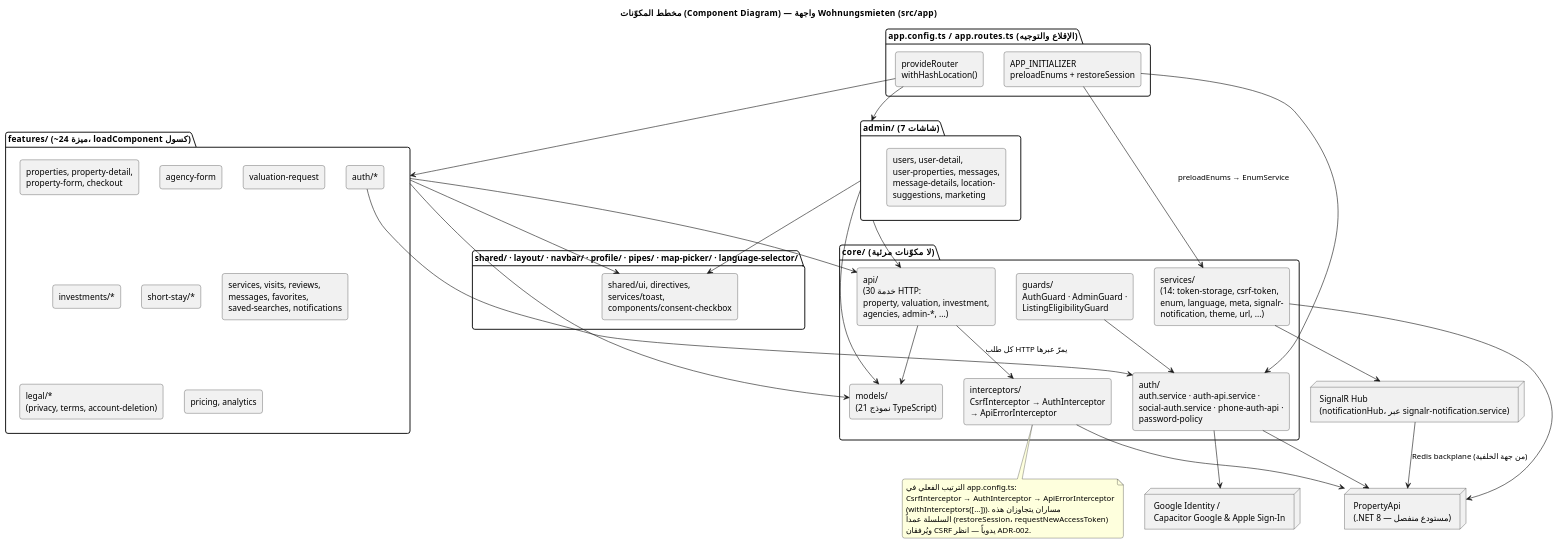
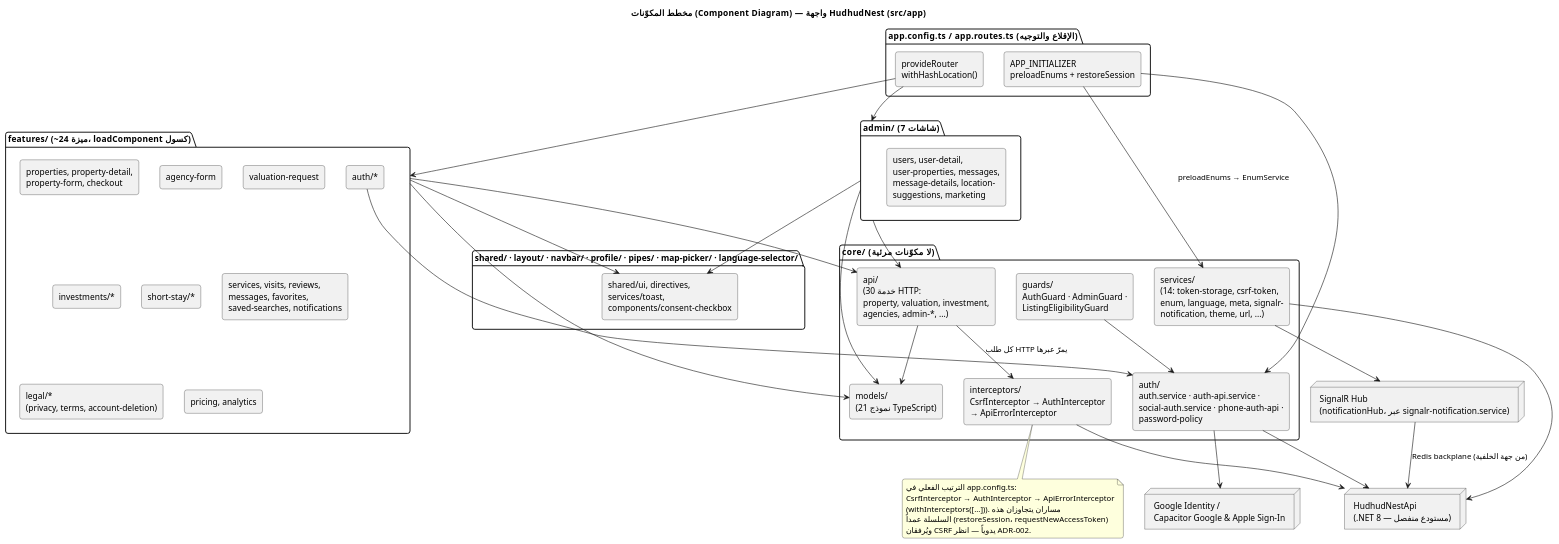
One commit to Naeem-Ba/HudhudNest changed the diagram in docs/architecture/ARD/diagrams/03-component.puml. Above: the diagram before and after it, drawn with PlantUML. The commit also changed 155 other files, not shown here.

First line of the commit message:
feat(brand): HudhudNest logo, app icons, splash screens and full rename

```diff
--- a/docs/architecture/ARD/diagrams/03-component.puml
+++ b/docs/architecture/ARD/diagrams/03-component.puml
@@ -1,81 +1,81 @@
 @startuml Components
 skinparam backgroundColor #FFFFFF
 skinparam shadowing false
 skinparam roundcorner 8
 skinparam defaultFontName "Segoe UI"
 skinparam componentStyle rectangle
-title مخطط المكوّنات (Component Diagram) — واجهة Wohnungsmieten (src/app)
+title مخطط المكوّنات (Component Diagram) — واجهة HudhudNest (src/app)
 
 package "app.config.ts / app.routes.ts (الإقلاع والتوجيه)" as Bootstrap {
   [APP_INITIALIZER\npreloadEnums + restoreSession] as Init
   [provideRouter\nwithHashLocation()] as Router
 }
 
 package "core/ (لا مكوّنات مرئية)" as Core {
   [api/\n(30 خدمة HTTP:\nproperty, valuation, investment,\nagencies, admin-*, ...)] as ApiServices
   [auth/\nauth.service · auth-api.service ·\nsocial-auth.service · phone-auth-api ·\npassword-policy] as AuthCore
   [guards/\nAuthGuard · AdminGuard ·\nListingEligibilityGuard] as Guards
   [interceptors/\nCsrfInterceptor → AuthInterceptor\n→ ApiErrorInterceptor] as Interceptors
   [services/\n(14: token-storage, csrf-token,\nenum, language, meta, signalr-\nnotification, theme, url, ...)] as CoreServices
   [models/\n(21 نموذج TypeScript)] as Models
 }
 
 package "features/ (~24 ميزة، loadComponent كسول)" as Features {
   [auth/*] as FAuth
   [properties, property-detail,\nproperty-form, checkout] as FListings
   [agency-form] as FAgency
   [valuation-request] as FValuation
   [investments/*] as FInvestments
   [short-stay/*] as FShortStay
   [services, visits, reviews,\nmessages, favorites,\nsaved-searches, notifications] as FInteraction
   [legal/*\n(privacy, terms, account-deletion)] as FLegal
   [pricing, analytics] as FProduct
 }
 
 package "admin/ (7 شاشات)" as Admin {
   [users, user-detail,\nuser-properties, messages,\nmessage-details, location-\nsuggestions, marketing] as AdminPages
 }
 
 package "shared/ · layout/ · navbar/ · profile/ · pipes/ · map-picker/ · language-selector/" as Shared {
   [shared/ui, directives,\nservices/toast,\ncomponents/consent-checkbox] as SharedUi
 }
 
-node "PropertyApi\n(.NET 8 — مستودع منفصل)" as Backend
+node "HudhudNestApi\n(.NET 8 — مستودع منفصل)" as Backend
 node "Google Identity /\nCapacitor Google & Apple Sign-In" as IdentityProviders
 node "SignalR Hub\n(notificationHub، عبر signalr-notification.service)" as SignalRHub
 
 Init --> AuthCore
 Init --> CoreServices : preloadEnums → EnumService
 Router --> Features
 Router --> Admin
 
 Features --> ApiServices
 Admin --> ApiServices
 FAuth --> AuthCore
 Guards --> AuthCore
 
 ApiServices --> Interceptors : كل طلب HTTP يمرّ عبرها
 Interceptors --> Backend
 AuthCore --> Backend
 CoreServices --> Backend
 
 AuthCore --> IdentityProviders
 CoreServices --> SignalRHub
 SignalRHub --> Backend : Redis backplane (من جهة الخلفية)
 
 Features --> Models
 Admin --> Models
 ApiServices --> Models
 
 Features --> SharedUi
 Admin --> SharedUi
 
 note bottom of Interceptors
   الترتيب الفعلي في app.config.ts:
   CsrfInterceptor → AuthInterceptor → ApiErrorInterceptor
   (withInterceptors([...])). مساران يتجاوزان هذه
   السلسلة عمداً (restoreSession، requestNewAccessToken)
   ويُرفقان CSRF يدوياً — انظر ADR-002.
 end note
 
 @enduml
```
